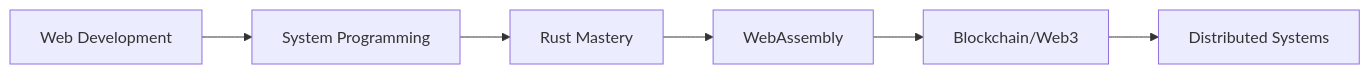
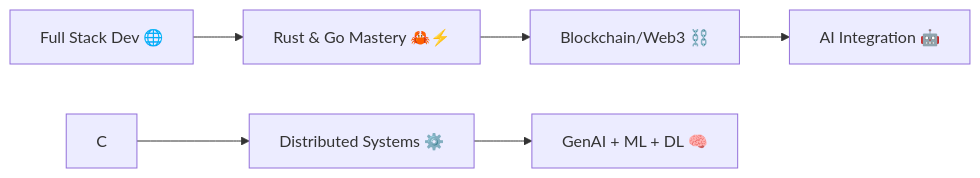
One commit to krisn2/krisn2 changed the diagram in README.md. Above: the diagram before and after it, drawn with Mermaid. The commit also changed other lines of this file, not shown here.

````diff
--- a/README.md
+++ b/README.md
@@ -92,8 +62,8 @@
 ```mermaid
 graph LR
-    A[Web Development] --> B[System Programming]
-    B --> C[Rust Mastery]
-    C --> D[WebAssembly]
-    D --> E[Blockchain/Web3]
-    E --> F[Distributed Systems]
+    A[Full Stack Dev 🌐] --> B[Rust & Go Mastery 🦀⚡]
+    B --> D[Blockchain/Web3 ⛓️]
+    C --> E[Distributed Systems ⚙️]
+    D --> F[AI Integration 🤖]
+    E --> G[GenAI + ML + DL 🧠]
 ```
````
